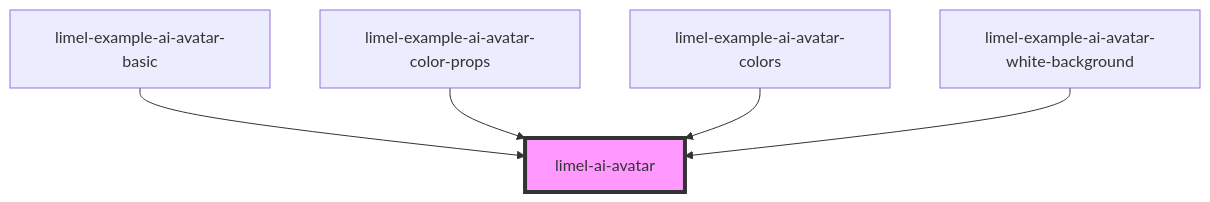
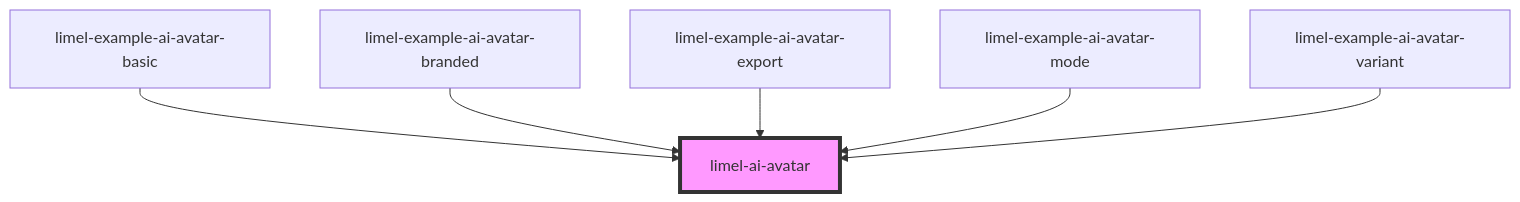
Before and after one commit to Lundalogik/lime-elements: the diagram in versions/PR-4080/markdown-docs/components/ai-avatar/readme.md, drawn with Mermaid. The commit also changed other lines of this file and 553 other files, not shown here.

````diff
--- a/versions/PR-4080/markdown-docs/components/ai-avatar/readme.md
+++ b/versions/PR-4080/markdown-docs/components/ai-avatar/readme.md
@@ -35,8 +38,9 @@
 ```mermaid
 graph TD;
   limel-example-ai-avatar-basic --> limel-ai-avatar
-  limel-example-ai-avatar-color-props --> limel-ai-avatar
-  limel-example-ai-avatar-colors --> limel-ai-avatar
-  limel-example-ai-avatar-white-background --> limel-ai-avatar
+  limel-example-ai-avatar-branded --> limel-ai-avatar
+  limel-example-ai-avatar-export --> limel-ai-avatar
+  limel-example-ai-avatar-mode --> limel-ai-avatar
+  limel-example-ai-avatar-variant --> limel-ai-avatar
   style limel-ai-avatar fill:#f9f,stroke:#333,stroke-width:4px
 ```
````
